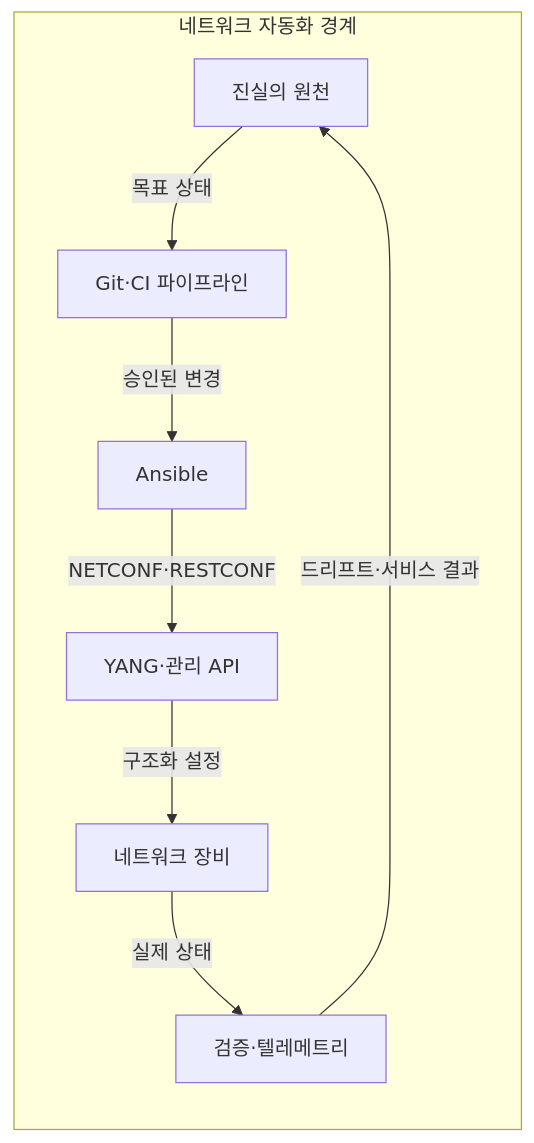
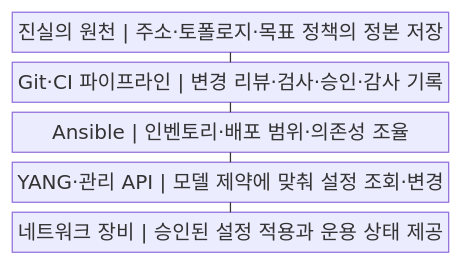
Before and after one commit to agnusdei1207/knowledge-base: the first of 2 diagrams in src/content/docs/notes/04-network/061_network_automation.md, drawn with Mermaid. The commit also changed other lines of this file and 20 other files, not shown here.

````diff
--- a/src/content/docs/notes/04-network/061_network_automation.md
+++ b/src/content/docs/notes/04-network/061_network_automation.md
@@ -62,17 +61,13 @@
 ```mermaid
-flowchart LR
-    subgraph A[네트워크 자동화 경계]
-        S[진실의 원천]
-        PIPE[Git·CI 파이프라인]
-        ANS[Ansible]
-        API[YANG·관리 API]
-        DEV[네트워크 장비]
-        OBS[검증·텔레메트리]
-        S -->|목표 상태| PIPE
-        PIPE -->|승인된 변경| ANS
-        ANS -->|NETCONF·RESTCONF| API
-        API -->|구조화 설정| DEV
-        DEV -->|실제 상태| OBS
-        OBS -->|드리프트·서비스 결과| S
-    end
+block
+    columns 1
+    A["진실의 원천 | 주소·토폴로지·목표 정책의 정본 저장"]
+    B["Git·CI 파이프라인 | 변경 리뷰·검사·승인·감사 기록"]
+    C["Ansible | 인벤토리·배포 범위·의존성 조율"]
+    D["YANG·관리 API | 모델 제약에 맞춰 설정 조회·변경"]
+    E["네트워크 장비 | 승인된 설정 적용과 운용 상태 제공"]
+    A --- B
+    B --- C
+    C --- D
+    D --- E
 ```
````
